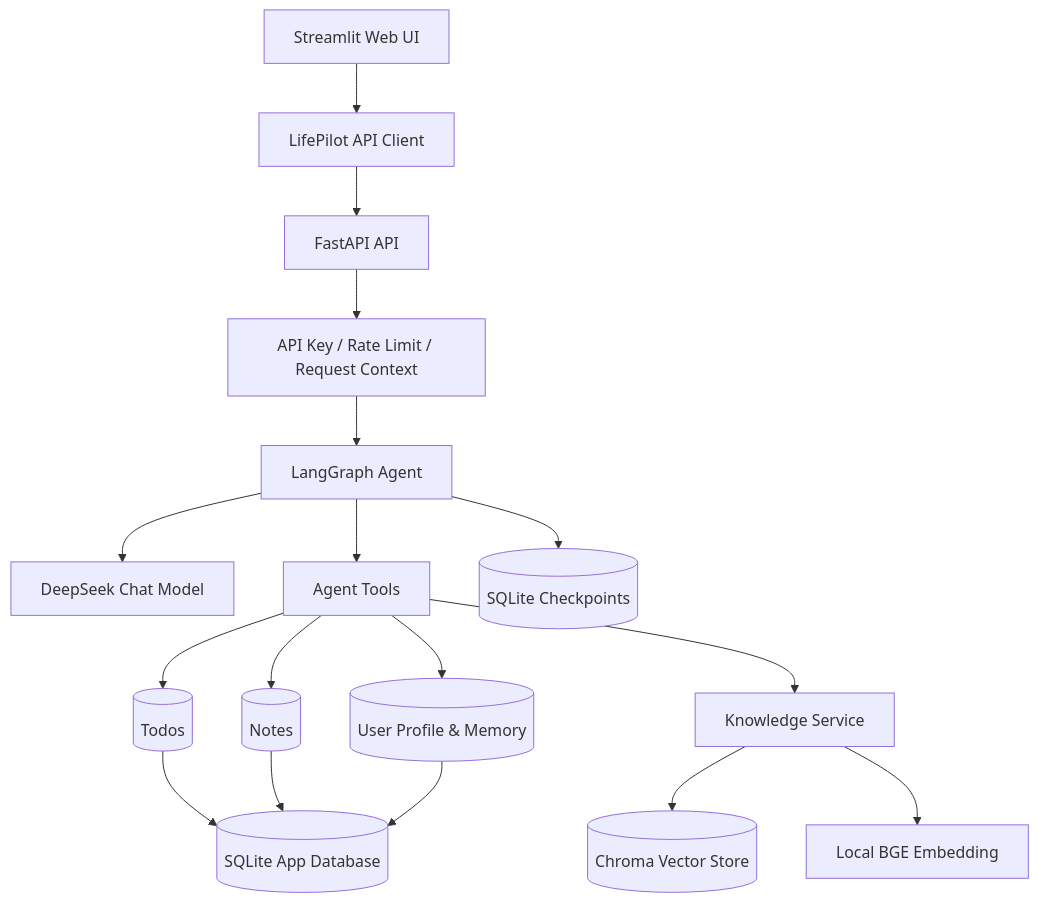
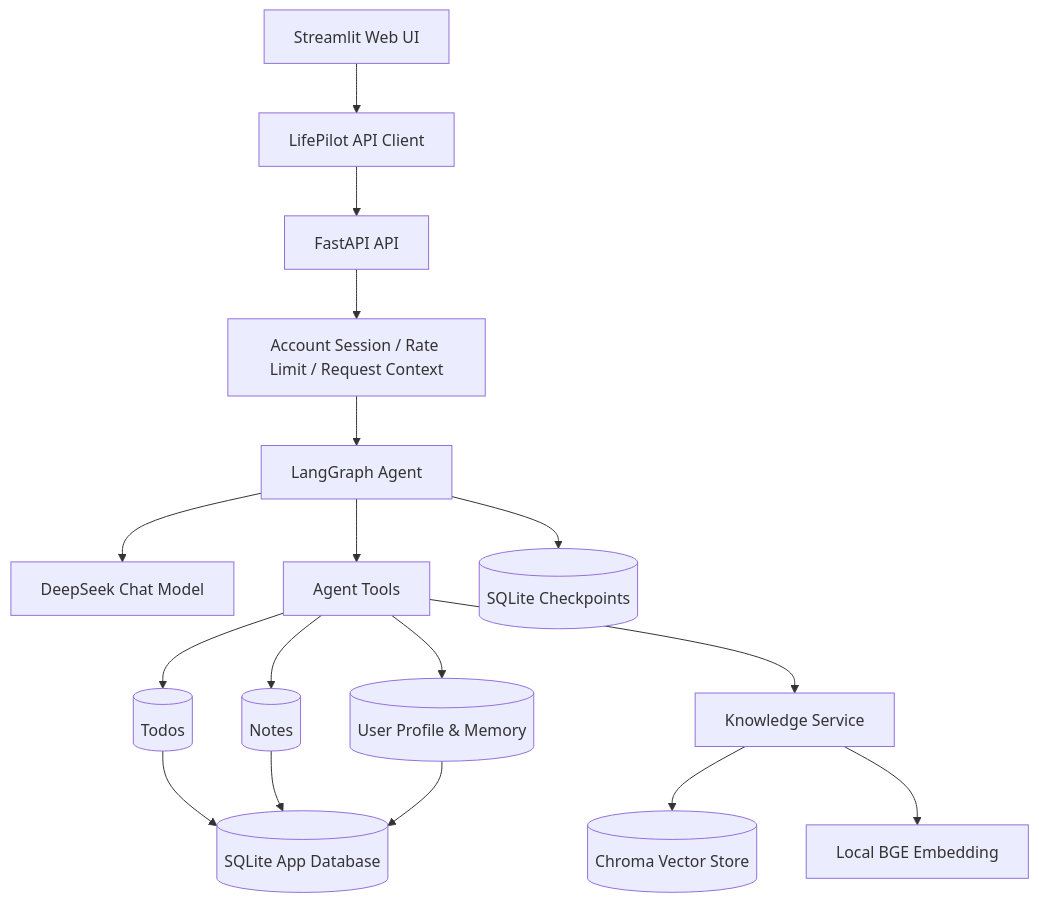
Before and after one commit to AFPyannian/lifepilot-agent: the first of 2 diagrams in README.md, drawn with Mermaid. The commit also changed other lines of this file and 60 other files, not shown here.

````diff
--- a/README.md
+++ b/README.md
@@ -27,22 +28,22 @@
 ```mermaid
 flowchart TD
     UI[Streamlit Web UI] --> CLIENT[LifePilot API Client]
     CLIENT --> API[FastAPI API]
-    API --> SECURITY[API Key / Rate Limit / Request Context]
+    API --> SECURITY[Account Session / Rate Limit / Request Context]
     SECURITY --> GRAPH[LangGraph Agent]
 
     GRAPH --> MODEL[DeepSeek Chat Model]
     GRAPH --> TOOLS[Agent Tools]
     GRAPH --> CHECKPOINT[(SQLite Checkpoints)]
 
     TOOLS --> TODO[(Todos)]
     TOOLS --> NOTES[(Notes)]
     TOOLS --> MEMORY[(User Profile & Memory)]
     TOOLS --> RAG[Knowledge Service]
 
     TODO --> APPDB[(SQLite App Database)]
     NOTES --> APPDB
     MEMORY --> APPDB
     RAG --> CHROMA[(Chroma Vector Store)]
     RAG --> EMBEDDING[Local BGE Embedding]
 ```
````
